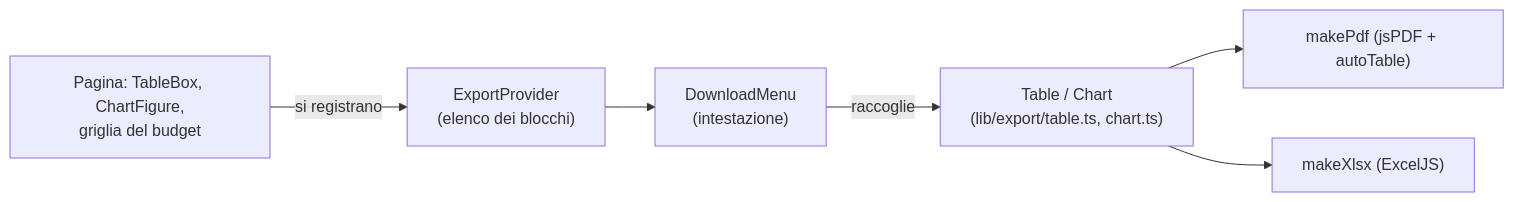
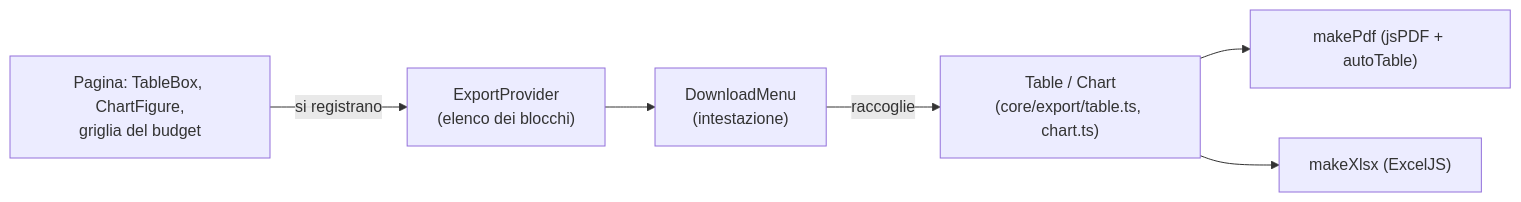
The diagram in docs/download.md (KevinRomanello/Simple-configurable-ERP), drawn with Mermaid before and after one commit. The commit also changed other lines of this file and 333 other files, not shown here.

````diff
--- a/docs/download.md
+++ b/docs/download.md
@@ -21,8 +21,8 @@
 ```mermaid
 flowchart LR
   P["Pagina: TableBox, ChartFigure,<br/>griglia del budget"] -->|si registrano| R["ExportProvider<br/>(elenco dei blocchi)"]
   R --> M["DownloadMenu<br/>(intestazione)"]
-  M -->|"raccoglie"| T["Table / Chart<br/>(lib/export/table.ts, chart.ts)"]
+  M -->|"raccoglie"| T["Table / Chart<br/>(core/export/table.ts, chart.ts)"]
   T --> F1["makePdf (jsPDF + autoTable)"]
   T --> F2["makeXlsx (ExcelJS)"]
 ```
````
